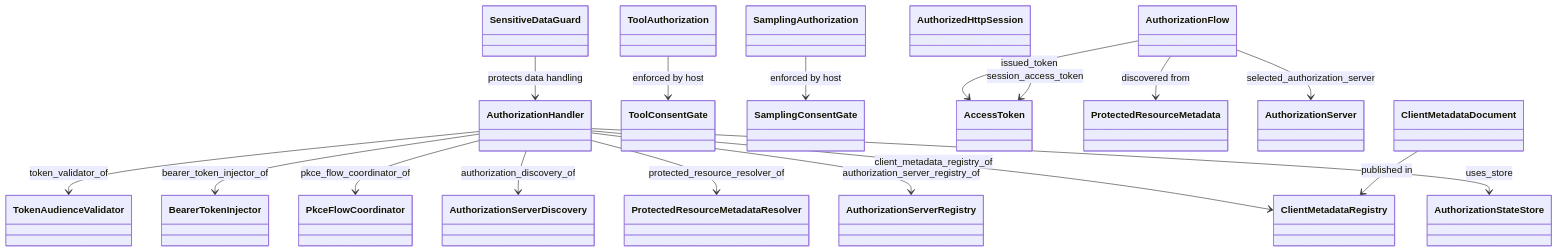
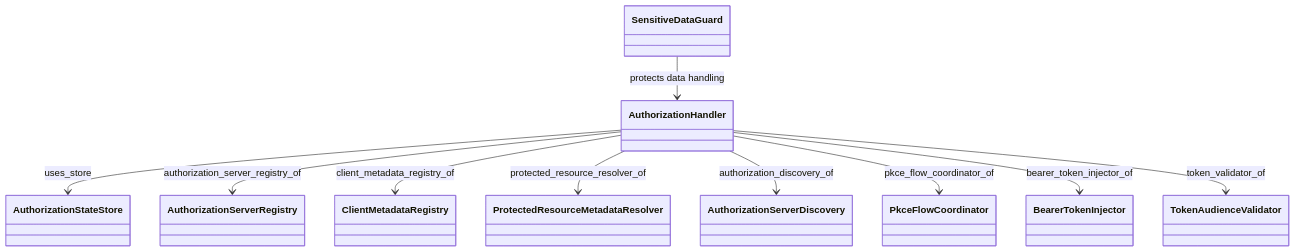
One commit to quenio/ATN changed the tenth of 11 diagrams in Examples/Protocols/ModelContextProtocol/MCP-2025-11-25.design.md. Above: the diagram before and after it, drawn with Mermaid. The commit also changed other lines of this file and 1 other file, not shown here.

Commit message:
Limit design diagrams to focused class groups

````diff
--- a/Examples/Protocols/ModelContextProtocol/MCP-2025-11-25.design.md
+++ b/Examples/Protocols/ModelContextProtocol/MCP-2025-11-25.design.md
@@ -198,40 +249,23 @@
 ```mermaid
 classDiagram
     class AuthorizationHandler
     class AuthorizationStateStore
     class AuthorizationServerRegistry
     class ClientMetadataRegistry
     class ProtectedResourceMetadataResolver
     class AuthorizationServerDiscovery
     class PkceFlowCoordinator
     class BearerTokenInjector
     class TokenAudienceValidator
-    class ToolConsentGate
-    class SamplingConsentGate
     class SensitiveDataGuard
-    class AuthorizationFlow
-    class AccessToken
-    class AuthorizedHttpSession
-    class ProtectedResourceMetadata
-    class AuthorizationServer
-    class ClientMetadataDocument
-    class ToolAuthorization
-    class SamplingAuthorization
 
     AuthorizationHandler --> AuthorizationStateStore : uses_store
     AuthorizationHandler --> AuthorizationServerRegistry : authorization_server_registry_of
     AuthorizationHandler --> ClientMetadataRegistry : client_metadata_registry_of
     AuthorizationHandler --> ProtectedResourceMetadataResolver : protected_resource_resolver_of
     AuthorizationHandler --> AuthorizationServerDiscovery : authorization_discovery_of
     AuthorizationHandler --> PkceFlowCoordinator : pkce_flow_coordinator_of
     AuthorizationHandler --> BearerTokenInjector : bearer_token_injector_of
     AuthorizationHandler --> TokenAudienceValidator : token_validator_of
-    AuthorizationFlow --> AuthorizationServer : selected_authorization_server
-    AuthorizationFlow --> AccessToken : issued_token
-    AuthorizationFlow --> ProtectedResourceMetadata : discovered from
-    AuthorizedHttpSession --> AccessToken : session_access_token
-    ClientMetadataDocument --> ClientMetadataRegistry : published in
-    ToolAuthorization --> ToolConsentGate : enforced by host
-    SamplingAuthorization --> SamplingConsentGate : enforced by host
     SensitiveDataGuard --> AuthorizationHandler : protects data handling
 ```
````
